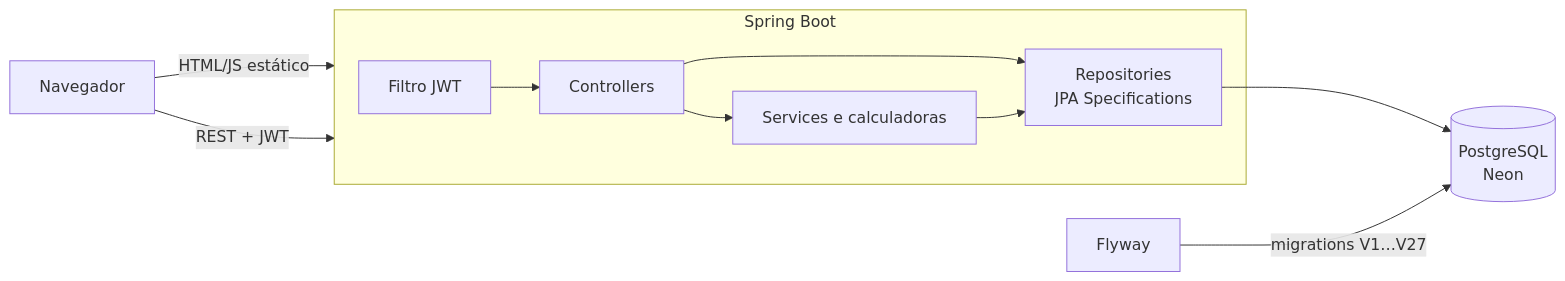
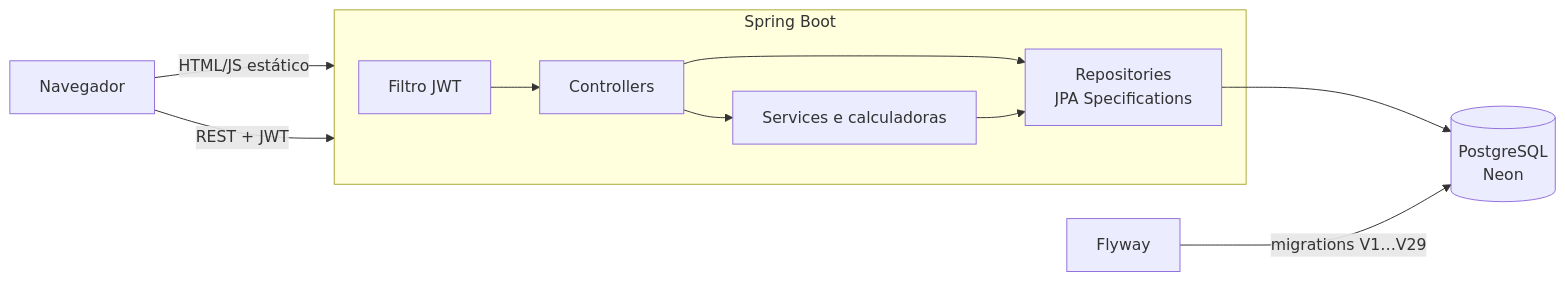
The first of 3 diagrams in README.md (gustavoromanno/concursos-platform), drawn with Mermaid before and after one commit. The commit also changed other lines of this file and 12 other files, not shown here.

````diff
--- a/README.md
+++ b/README.md
@@ -112,13 +115,13 @@
 ```mermaid
 flowchart LR
     U[Navegador] -->|HTML/JS estático| S
     U -->|REST + JWT| S
     subgraph S[Spring Boot]
         F[Filtro JWT] --> C[Controllers]
         C --> SV[Services e calculadoras]
         C --> R[Repositories<br/>JPA Specifications]
         SV --> R
     end
     R --> DB[(PostgreSQL<br/>Neon)]
-    FW[Flyway] -->|migrations V1…V27| DB
+    FW[Flyway] -->|migrations V1…V29| DB
 ```
````
